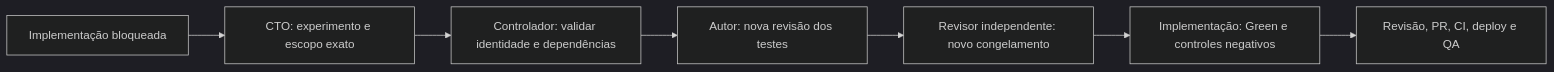
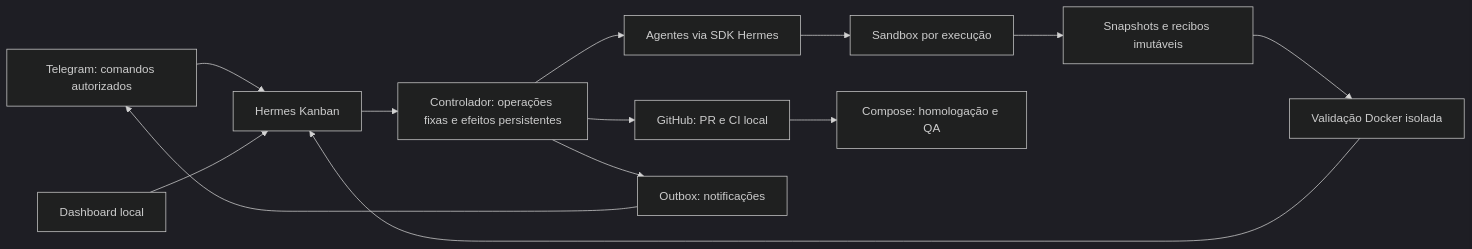
Before and after one commit to codifydeep/fabriquinha: the second of 2 diagrams in README.md, drawn with Mermaid (dark theme). The commit also changed other lines of this file and 2329 other files, not shown here.

````diff
--- a/README.md
+++ b/README.md
@@ -295,9 +41,15 @@
 ```mermaid
 flowchart LR
-    B[Implementação bloqueada] --> C[CTO: experimento e escopo exato]
-    C --> A[Controlador: validar identidade e dependências]
-    A --> T[Autor: nova revisão dos testes]
-    T --> R[Revisor independente: novo congelamento]
-    R --> I[Implementação: Green e controles negativos]
-    I --> D[Revisão, PR, CI, deploy e QA]
+    TG[Telegram: comandos autorizados] --> K[Hermes Kanban]
+    DASH[Dashboard local] --> K
+    K --> C[Controlador: operações fixas e efeitos persistentes]
+    C --> A[Agentes via SDK Hermes]
+    A --> S[Sandbox por execução]
+    S --> R[Snapshots e recibos imutáveis]
+    R --> V[Validação Docker isolada]
+    V --> K
+    C --> G[GitHub: PR e CI local]
+    G --> D[Compose: homologação e QA]
+    C --> O[Outbox: notificações]
+    O --> TG
 ```
````
